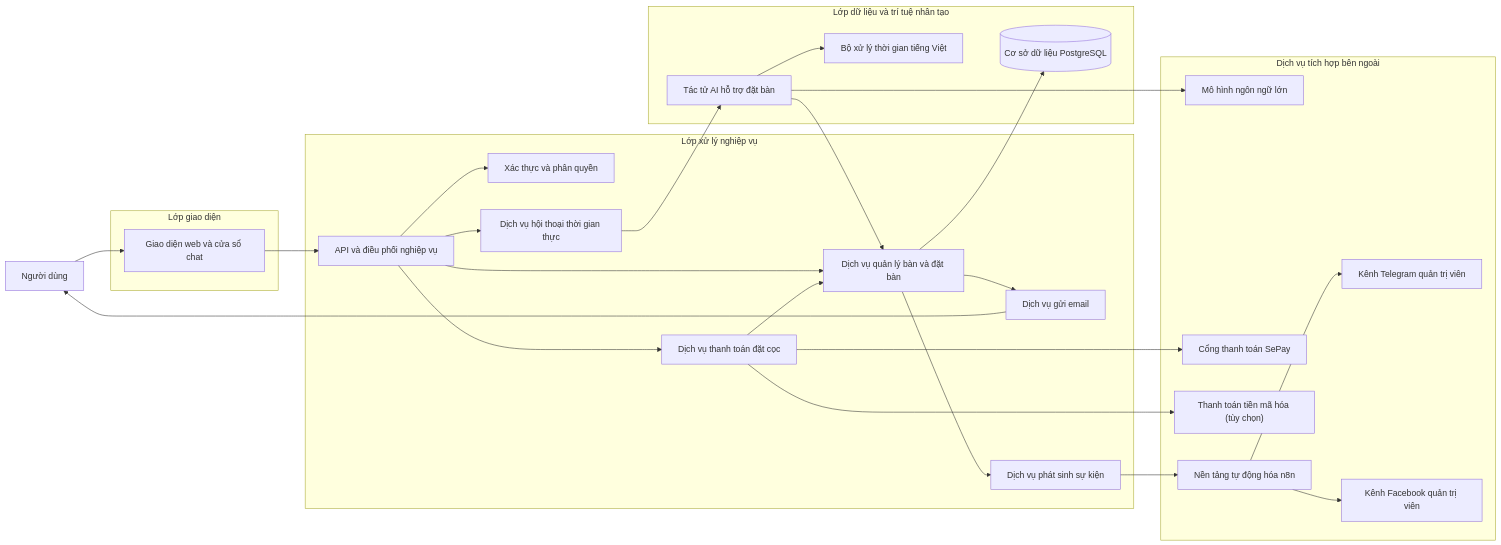
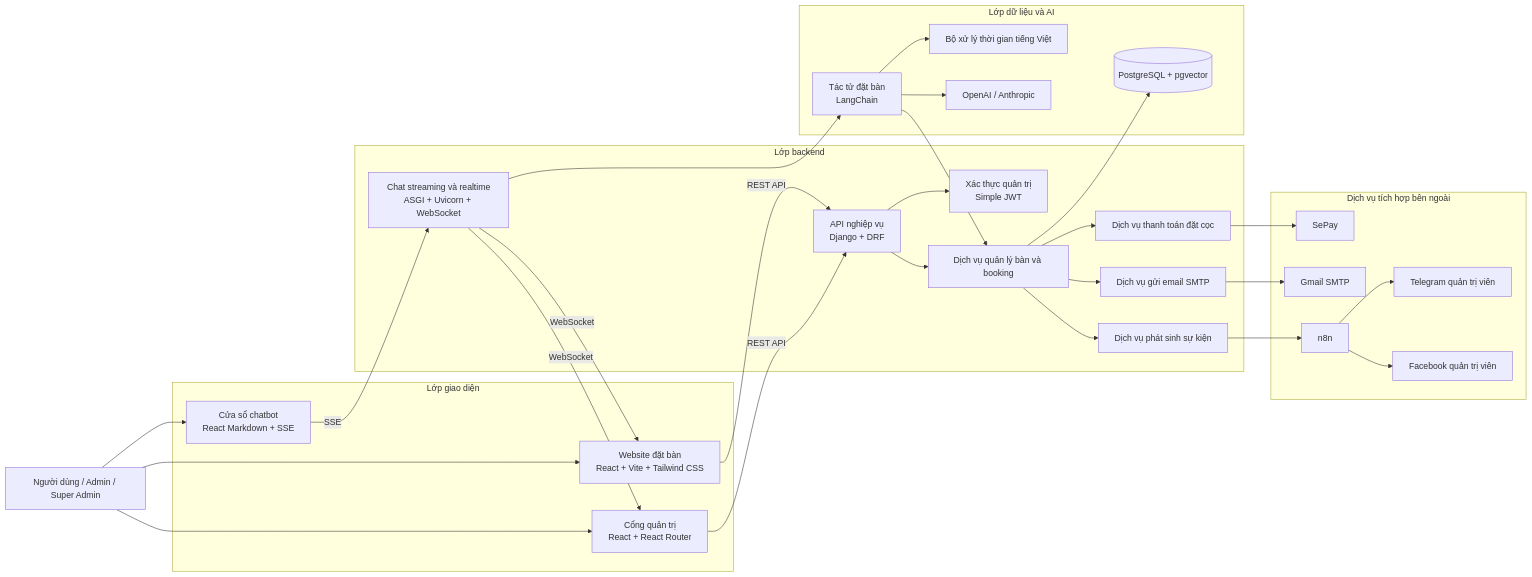
One commit to levansiht/DATN-restaurant-booking-agent changed the fourth of 5 diagrams in docs/m1/M1_REPORT_WORD_READY.md. Above: the diagram before and after it, drawn with Mermaid. The commit also changed other lines of this file, not shown here.

````diff
--- a/docs/m1/M1_REPORT_WORD_READY.md
+++ b/docs/m1/M1_REPORT_WORD_READY.md
@@ -208,54 +522,61 @@
 ```mermaid
 flowchart LR
-    U["Người dùng"]
+    U["Người dùng / Admin / Super Admin"]
 
-    subgraph G["Lớp giao diện"]
-        FE["Giao diện web và cửa sổ chat"]
+    subgraph FE["Lớp giao diện"]
+        WEB["Website đặt bàn<br/>React + Vite + Tailwind CSS"]
+        CHATUI["Cửa sổ chatbot<br/>React Markdown + SSE"]
+        ADMIN["Cổng quản trị<br/>React + React Router"]
     end
 
-    subgraph N["Lớp xử lý nghiệp vụ"]
-        API["API và điều phối nghiệp vụ"]
-        AUTH["Xác thực và phân quyền"]
-        BOOK["Dịch vụ quản lý bàn và đặt bàn"]
-        CHAT["Dịch vụ hội thoại thời gian thực"]
+    subgraph BE["Lớp backend"]
+        API["API nghiệp vụ<br/>Django + DRF"]
+        AUTH["Xác thực quản trị<br/>Simple JWT"]
+        STREAM["Chat streaming và realtime<br/>ASGI + Uvicorn + WebSocket"]
+        BOOK["Dịch vụ quản lý bàn và booking"]
         PAY["Dịch vụ thanh toán đặt cọc"]
-        MAIL["Dịch vụ gửi email"]
+        MAIL["Dịch vụ gửi email SMTP"]
         EVENT["Dịch vụ phát sinh sự kiện"]
     end
 
-    subgraph D["Lớp dữ liệu và trí tuệ nhân tạo"]
-        AGENT["Tác tử AI hỗ trợ đặt bàn"]
+    subgraph AI["Lớp dữ liệu và AI"]
+        AGENT["Tác tử đặt bàn<br/>LangChain"]
         TIME["Bộ xử lý thời gian tiếng Việt"]
-        DB[("Cơ sở dữ liệu PostgreSQL")]
+        DB[("PostgreSQL + pgvector")]
+        LLM["OpenAI / Anthropic"]
     end
 
-    subgraph T["Dịch vụ tích hợp bên ngoài"]
-        LLM["Mô hình ngôn ngữ lớn"]
-        SEPAY["Cổng thanh toán SePay"]
-        CRYPTO["Thanh toán tiền mã hóa (tùy chọn)"]
-        N8N["Nền tảng tự động hóa n8n"]
-        TG["Kênh Telegram quản trị viên"]
-        FB["Kênh Facebook quản trị viên"]
+    subgraph EXT["Dịch vụ tích hợp bên ngoài"]
+        SEPAY["SePay"]
+        GMAIL["Gmail SMTP"]
+        N8N["n8n"]
+        TG["Telegram quản trị viên"]
+        FB["Facebook quản trị viên"]
     end
 
-    U --> FE
-    FE --> API
+    U --> WEB
+    U --> CHATUI
+    U --> ADMIN
+
+    WEB -->|REST API| API
+    ADMIN -->|REST API| API
+    CHATUI -->|SSE| STREAM
+
     API --> AUTH
     API --> BOOK
-    API --> CHAT
-    API --> PAY
-    BOOK --> DB
-    CHAT --> AGENT
+    STREAM --> AGENT
     AGENT --> TIME
     AGENT --> BOOK
     AGENT --> LLM
+    BOOK --> DB
+    BOOK --> PAY
     PAY --> SEPAY
-    PAY --> CRYPTO
-    PAY --> BOOK
     BOOK --> MAIL
+    MAIL --> GMAIL
     BOOK --> EVENT
-    MAIL --> U
     EVENT --> N8N
     N8N --> TG
     N8N --> FB
+    STREAM -->|WebSocket| WEB
+    STREAM -->|WebSocket| ADMIN
 ```
````
